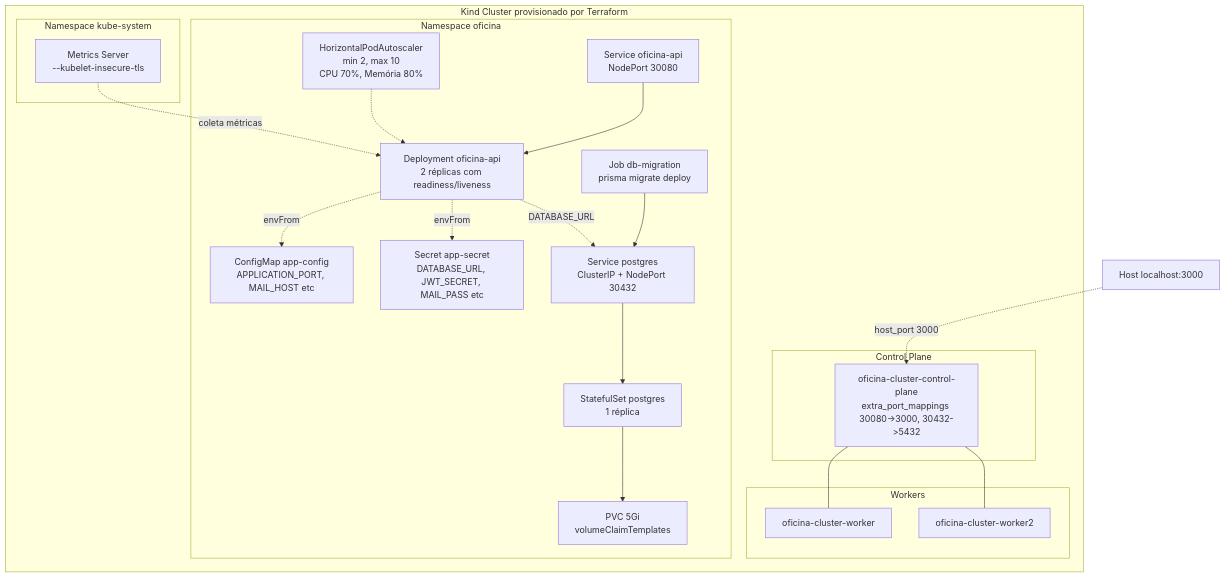
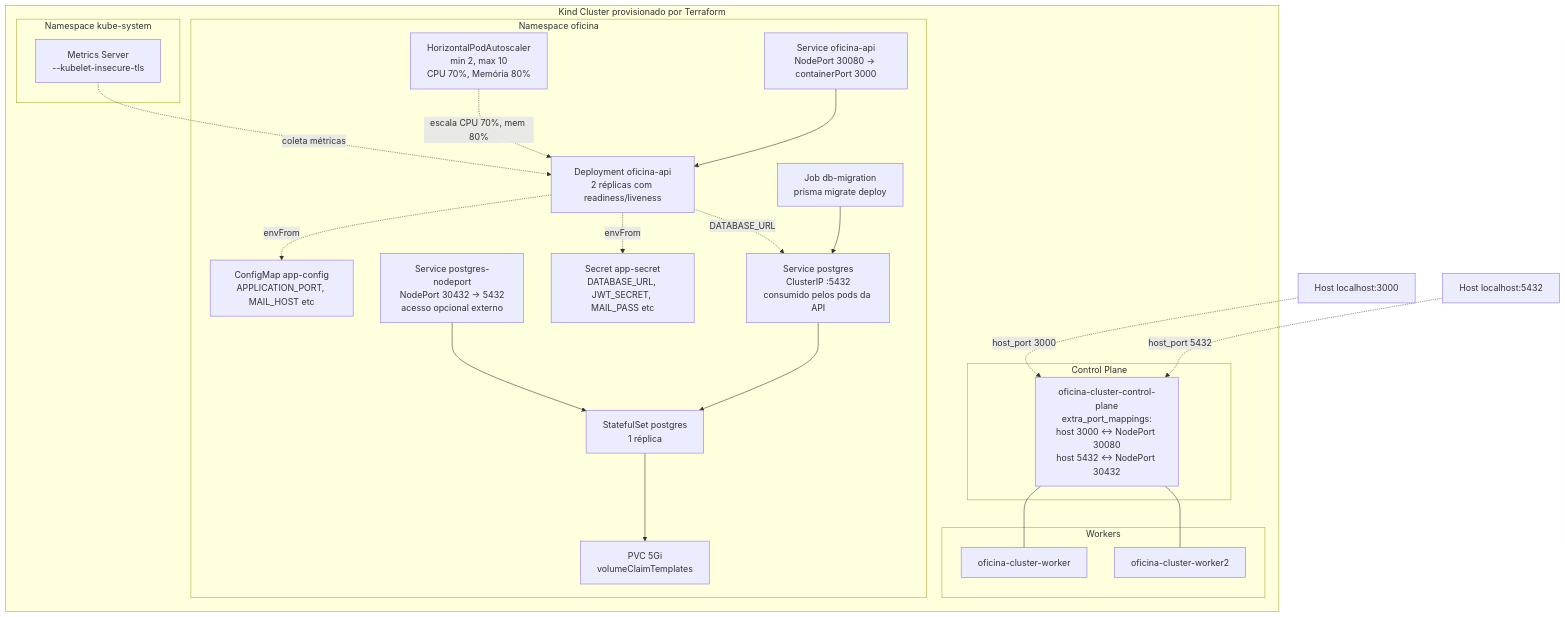
The second of 3 diagrams in README.md (LucasValada/tech-challenge-fiap), drawn with Mermaid before and after one commit. The commit also changed other lines of this file, not shown here.

First line of the commit message:
docs(readme): ajusta diagramas de componentes e infra e reserva seção para o vídeo

````diff
--- a/README.md
+++ b/README.md
@@ -113,45 +125,49 @@
 ```mermaid
 graph TB
-    Host[Host localhost:3000]
+    HostApp[Host localhost:3000]
+    HostDb[Host localhost:5432]
 
     subgraph KindCluster[Kind Cluster provisionado por Terraform]
         subgraph ControlPlane[Control Plane]
-            CP[oficina-cluster-control-plane<br/>extra_port_mappings 30080->3000, 30432->5432]
+            CP[oficina-cluster-control-plane<br/>extra_port_mappings:<br/>host 3000 ↔ NodePort 30080<br/>host 5432 ↔ NodePort 30432]
         end
 
         subgraph Workers[Workers]
             W1[oficina-cluster-worker]
             W2[oficina-cluster-worker2]
         end
 
         subgraph NamespaceOficina[Namespace oficina]
             HPA[HorizontalPodAutoscaler<br/>min 2, max 10<br/>CPU 70%, Memória 80%]
             Deploy[Deployment oficina-api<br/>2 réplicas com readiness/liveness]
-            SvcApi[Service oficina-api<br/>NodePort 30080]
+            SvcApi[Service oficina-api<br/>NodePort 30080 → containerPort 3000]
             SS[StatefulSet postgres<br/>1 réplica]
             PVC[PVC 5Gi<br/>volumeClaimTemplates]
-            SvcPg[Service postgres<br/>ClusterIP + NodePort 30432]
+            SvcPgCluster[Service postgres<br/>ClusterIP :5432<br/>consumido pelos pods da API]
+            SvcPgNode[Service postgres-nodeport<br/>NodePort 30432 → 5432<br/>acesso opcional externo]
             CM[ConfigMap app-config<br/>APPLICATION_PORT, MAIL_HOST etc]
             Sec[Secret app-secret<br/>DATABASE_URL, JWT_SECRET, MAIL_PASS etc]
             Job[Job db-migration<br/>prisma migrate deploy]
         end
 
         subgraph KubeSystem[Namespace kube-system]
             MS[Metrics Server<br/>--kubelet-insecure-tls]
         end
 
-        HPA -.-> Deploy
+        HPA -.->|escala CPU 70%, mem 80%| Deploy
         SvcApi --> Deploy
         SS --> PVC
-        SvcPg --> SS
+        SvcPgCluster --> SS
+        SvcPgNode --> SS
         Deploy -.->|envFrom| CM
         Deploy -.->|envFrom| Sec
-        Deploy -.->|DATABASE_URL| SvcPg
-        Job --> SvcPg
+        Deploy -.->|DATABASE_URL| SvcPgCluster
+        Job --> SvcPgCluster
         MS -.->|coleta métricas| Deploy
     end
 
-    Host -.->|host_port 3000| CP
+    HostApp -.->|host_port 3000| CP
+    HostDb -.->|host_port 5432| CP
     CP --- W1
     CP --- W2
 ```
````
